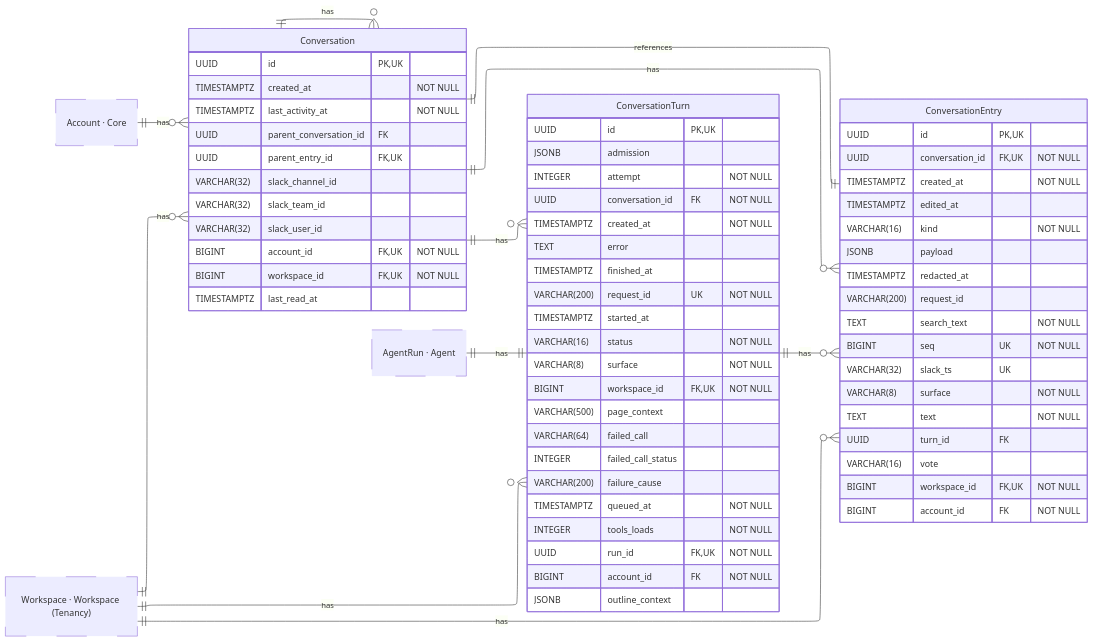
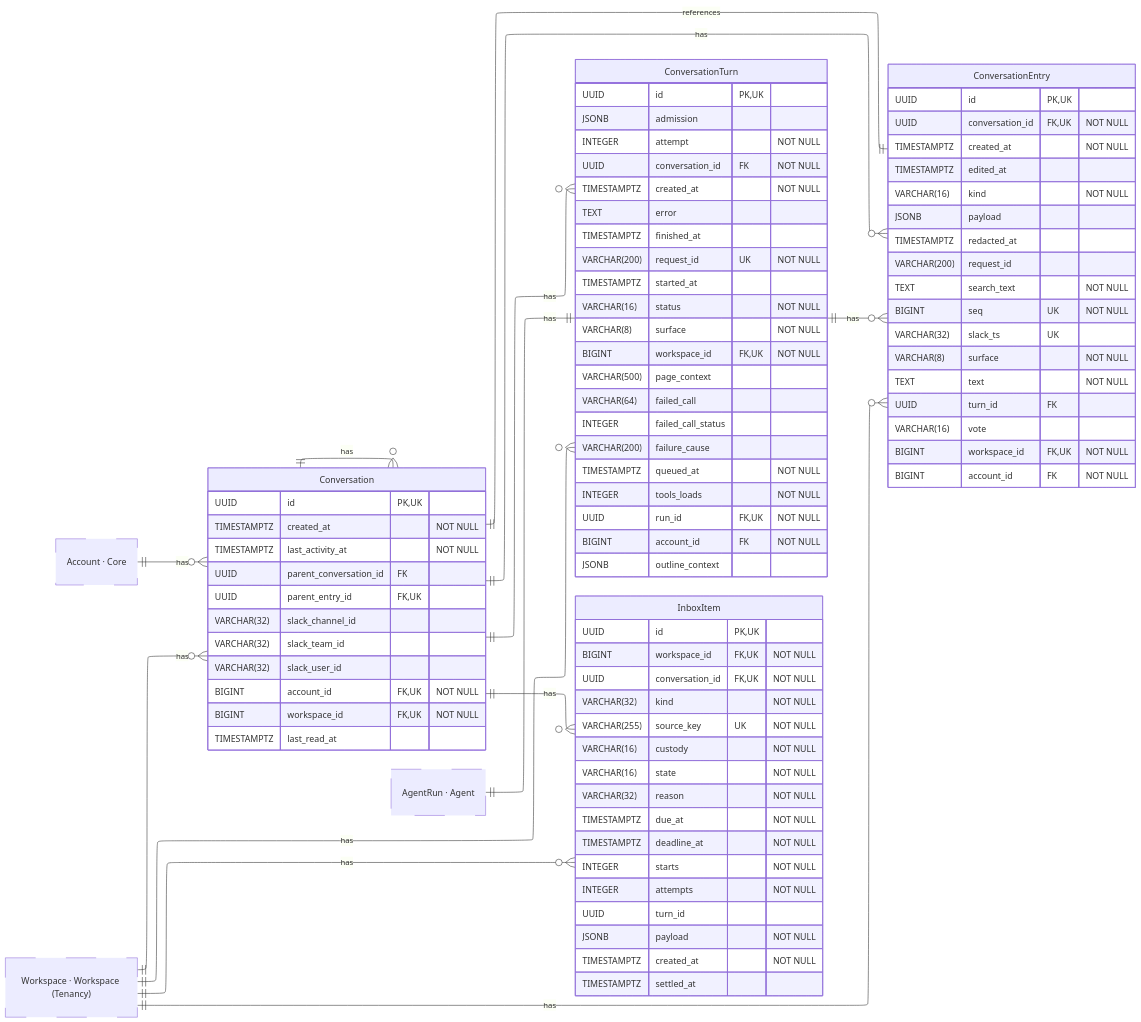
Before and after one commit to hephaestus-build/Hephaestus: the diagram in docs/contributor/erd/conversation.mmd, drawn with Mermaid. The commit also changed 4 other files, not shown here.

```diff
--- a/docs/contributor/erd/conversation.mmd
+++ b/docs/contributor/erd/conversation.mmd
@@ -1,97 +1,118 @@
 ---
 config:
     layout: elk
 ---
 erDiagram
     %% Generated automatically from PostgreSQL database schema
     %% using scripts/generate-mermaid-erd.ts
     %% To regenerate: vp run db:generate-erd-docs
 
     direction LR
 
     Conversation {
         UUID id PK,UK
         TIMESTAMPTZ created_at "NOT NULL"
         TIMESTAMPTZ last_activity_at "NOT NULL"
         UUID parent_conversation_id FK
         UUID parent_entry_id FK,UK
         VARCHAR(32) slack_channel_id
         VARCHAR(32) slack_team_id
         VARCHAR(32) slack_user_id
         BIGINT account_id FK,UK "NOT NULL"
         BIGINT workspace_id FK,UK "NOT NULL"
         TIMESTAMPTZ last_read_at
     }
 
     ConversationEntry {
         UUID id PK,UK
         UUID conversation_id FK,UK "NOT NULL"
         TIMESTAMPTZ created_at "NOT NULL"
         TIMESTAMPTZ edited_at
         VARCHAR(16) kind "NOT NULL"
         JSONB payload
         TIMESTAMPTZ redacted_at
         VARCHAR(200) request_id
         TEXT search_text "NOT NULL"
         BIGINT seq UK "NOT NULL"
         VARCHAR(32) slack_ts UK
         VARCHAR(8) surface "NOT NULL"
         TEXT text "NOT NULL"
         UUID turn_id FK
         VARCHAR(16) vote
         BIGINT workspace_id FK,UK "NOT NULL"
         BIGINT account_id FK "NOT NULL"
     }
 
     ConversationTurn {
         UUID id PK,UK
         JSONB admission
         INTEGER attempt "NOT NULL"
         UUID conversation_id FK "NOT NULL"
         TIMESTAMPTZ created_at "NOT NULL"
         TEXT error
         TIMESTAMPTZ finished_at
         VARCHAR(200) request_id UK "NOT NULL"
         TIMESTAMPTZ started_at
         VARCHAR(16) status "NOT NULL"
         VARCHAR(8) surface "NOT NULL"
         BIGINT workspace_id FK,UK "NOT NULL"
         VARCHAR(500) page_context
         VARCHAR(64) failed_call
         INTEGER failed_call_status
         VARCHAR(200) failure_cause
         TIMESTAMPTZ queued_at "NOT NULL"
         INTEGER tools_loads "NOT NULL"
         UUID run_id FK,UK "NOT NULL"
         BIGINT account_id FK "NOT NULL"
         JSONB outline_context
     }
 
+    InboxItem {
+        UUID id PK,UK
+        BIGINT workspace_id FK,UK "NOT NULL"
+        UUID conversation_id FK,UK "NOT NULL"
+        VARCHAR(32) kind "NOT NULL"
+        VARCHAR(255) source_key UK "NOT NULL"
+        VARCHAR(16) custody "NOT NULL"
+        VARCHAR(16) state "NOT NULL"
+        VARCHAR(32) reason "NOT NULL"
+        TIMESTAMPTZ due_at "NOT NULL"
+        TIMESTAMPTZ deadline_at "NOT NULL"
+        INTEGER starts "NOT NULL"
+        INTEGER attempts "NOT NULL"
+        UUID turn_id
+        JSONB payload "NOT NULL"
+        TIMESTAMPTZ created_at "NOT NULL"
+        TIMESTAMPTZ settled_at
+    }
+
     Account["Account · Core"]
     AgentRun["AgentRun · Agent"]
     Workspace["Workspace · Workspace (Tenancy)"]
 
     %% Relationships
     %% One-to-One relationships
     ConversationEntry ||--|| Conversation : references
     AgentRun ||--|| ConversationTurn : has
 
     %% One-to-Many relationships
     Account ||--o{ Conversation : has
     Conversation ||--o{ Conversation : has
     Workspace ||--o{ Conversation : has
     Conversation ||--o{ ConversationEntry : has
     ConversationTurn ||--o{ ConversationEntry : has
     Workspace ||--o{ ConversationEntry : has
     Conversation ||--o{ ConversationTurn : has
     Workspace ||--o{ ConversationTurn : has
+    Conversation ||--o{ InboxItem : has
+    Workspace ||--o{ InboxItem : has
 
     %% Styling
     classDef primaryEntity stroke-width:2px
     classDef associationEntity stroke-width:1px
     classDef metadataEntity stroke-width:1px
     classDef referenceEntity stroke-dasharray:5 5
 
     class Account referenceEntity
     class AgentRun referenceEntity
     class Workspace referenceEntity
```
